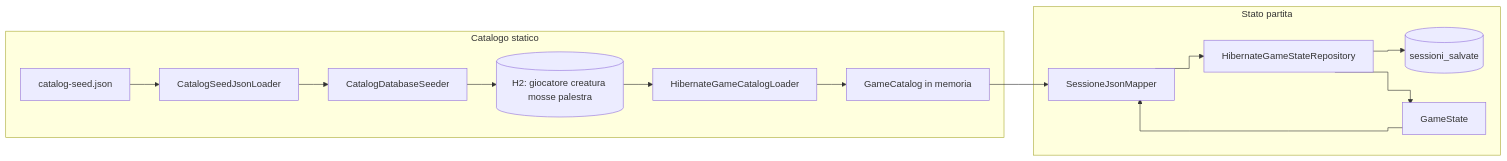
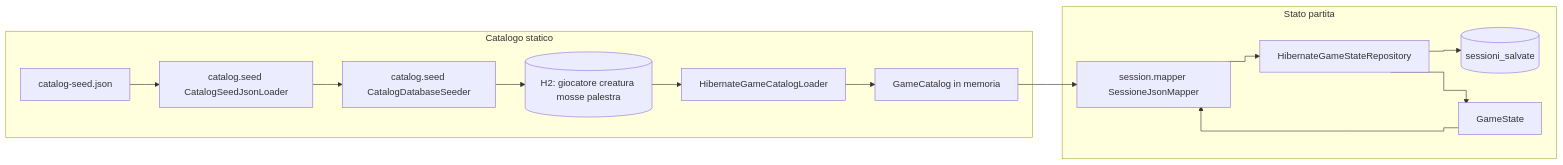
The first of 2 diagrams in .github/wiki-pages/Dati-e-persistenza.md (ValerioGiglio04/rpg-MPGC), drawn with Mermaid before and after one commit. The commit also changed other lines of this file and 50 other files, not shown here.

````diff
--- a/.github/wiki-pages/Dati-e-persistenza.md
+++ b/.github/wiki-pages/Dati-e-persistenza.md
@@ -29,18 +29,18 @@
 ```mermaid
 %%{init: {'flowchart': {'curve': 'stepAfter'}}}%%
 flowchart LR
   subgraph static_data [Catalogo statico]
-    JSON[catalog-seed.json] --> Loader[CatalogSeedJsonLoader]
-    Loader --> Seeder[CatalogDatabaseSeeder]
+    JSON[catalog-seed.json] --> Loader[catalog.seed CatalogSeedJsonLoader]
+    Loader --> Seeder[catalog.seed CatalogDatabaseSeeder]
     Seeder --> H2Cat[(H2: giocatore creatura mosse palestra)]
     H2Cat --> CatLoader[HibernateGameCatalogLoader]
     CatLoader --> GC[GameCatalog in memoria]
   end
   subgraph dynamic_data [Stato partita]
-    GS[GameState] --> Mapper[SessioneJsonMapper]
+    GS[GameState] --> Mapper[session.mapper SessioneJsonMapper]
     Mapper --> Repo[HibernateGameStateRepository]
     Repo --> Tab[(sessioni_salvate)]
     GC --> Mapper
     Repo --> GS
   end
 ```
````
